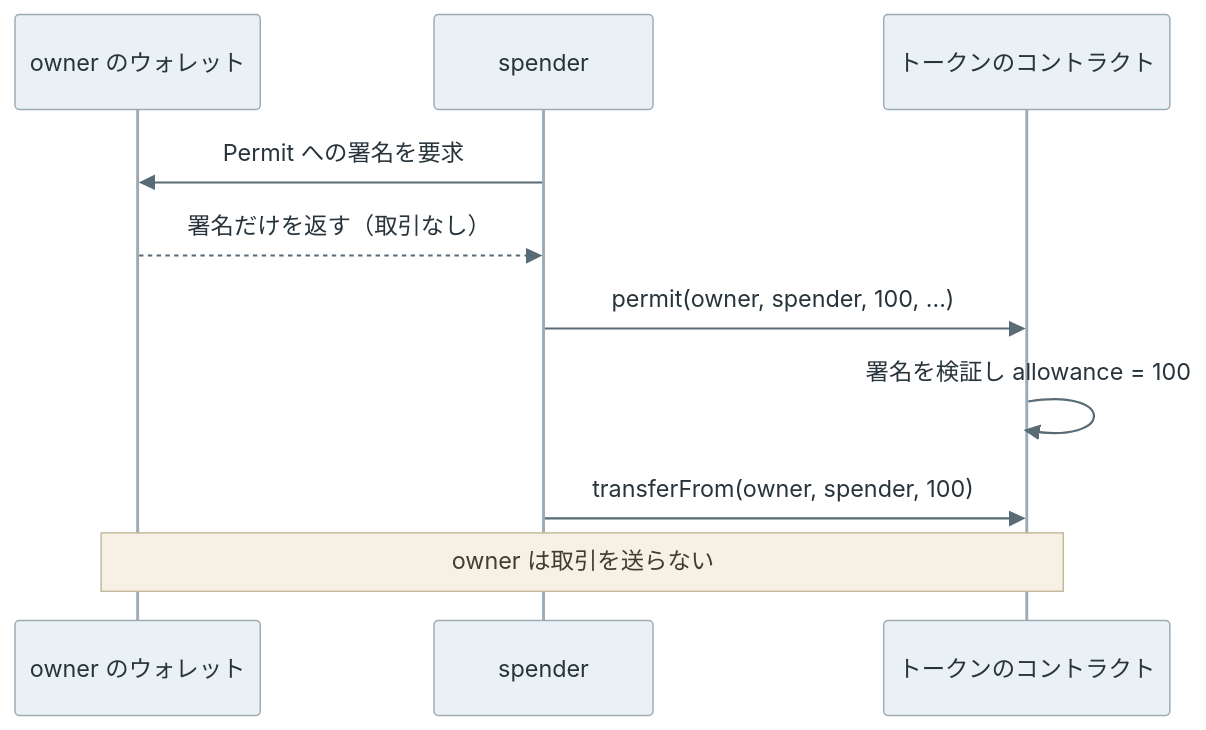
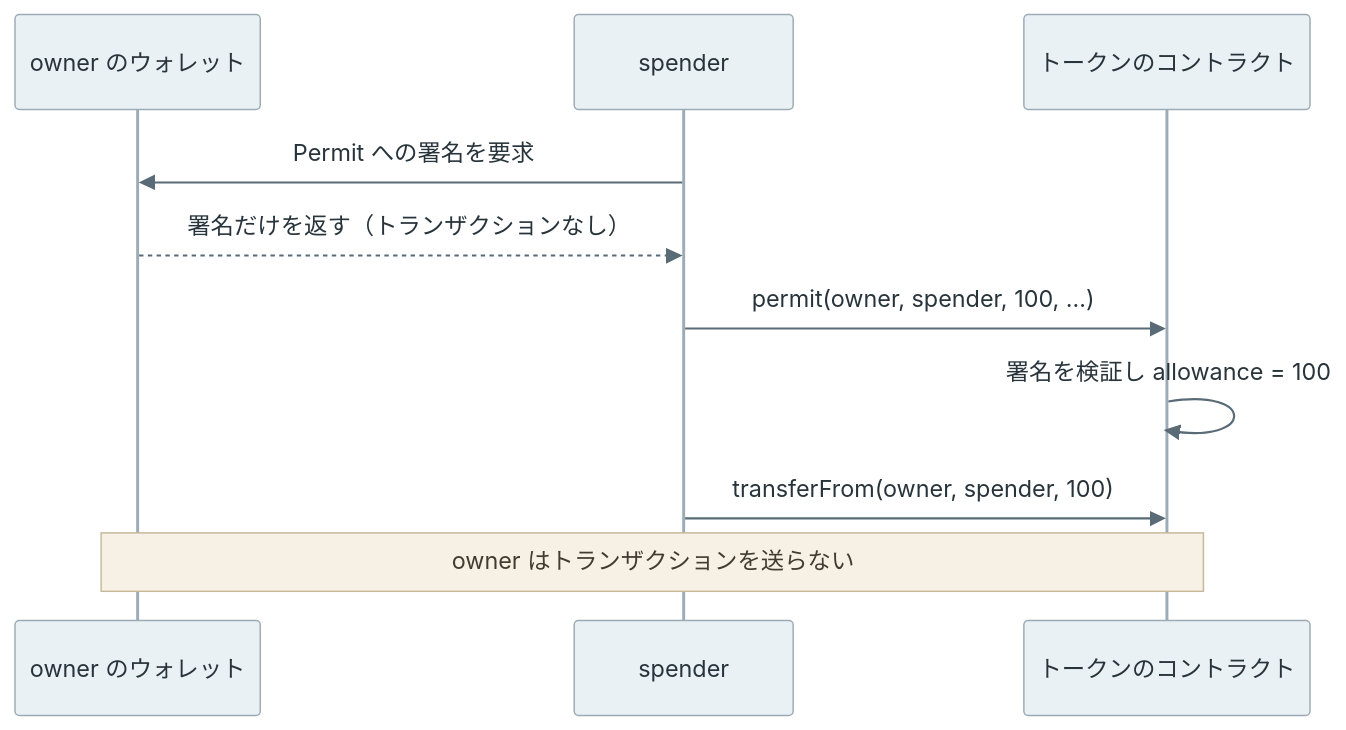
One commit to nao1215/debimate changed the second of 3 diagrams in content/notes/blockchain-systems/eip-712/index.md. Above: the diagram before and after it, drawn with Mermaid. The commit also changed other lines of this file and 129 other files, not shown here.

````diff
--- a/content/notes/blockchain-systems/eip-712/index.md
+++ b/content/notes/blockchain-systems/eip-712/index.md
@@ -329,13 +329,13 @@
 ```mermaid
 %%{init: {"theme":"base","themeVariables":{"primaryColor":"#eaf1f5","primaryTextColor":"#28343b","primaryBorderColor":"#9cabb5","lineColor":"#596b76","textColor":"#28343b","actorBkg":"#eaf1f5","actorBorder":"#9cabb5","actorTextColor":"#28343b","actorLineColor":"#9cabb5","signalColor":"#596b76","signalTextColor":"#28343b","noteBkgColor":"#f7f1e5","noteBorderColor":"#c5b99b","noteTextColor":"#403c32","activationBkgColor":"#edf3ef","activationBorderColor":"#9aafa1"}}}%%
 sequenceDiagram
     participant O as owner のウォレット
     participant S as spender
     participant T as トークンのコントラクト
     S->>O: Permit への署名を要求
-    O-->>S: 署名だけを返す（取引なし）
+    O-->>S: 署名だけを返す（トランザクションなし）
     S->>T: permit(owner, spender, 100, …)
     T->>T: 署名を検証し allowance = 100
     S->>T: transferFrom(owner, spender, 100)
-    Note over O,T: owner は取引を送らない
+    Note over O,T: owner はトランザクションを送らない
 ```
````
